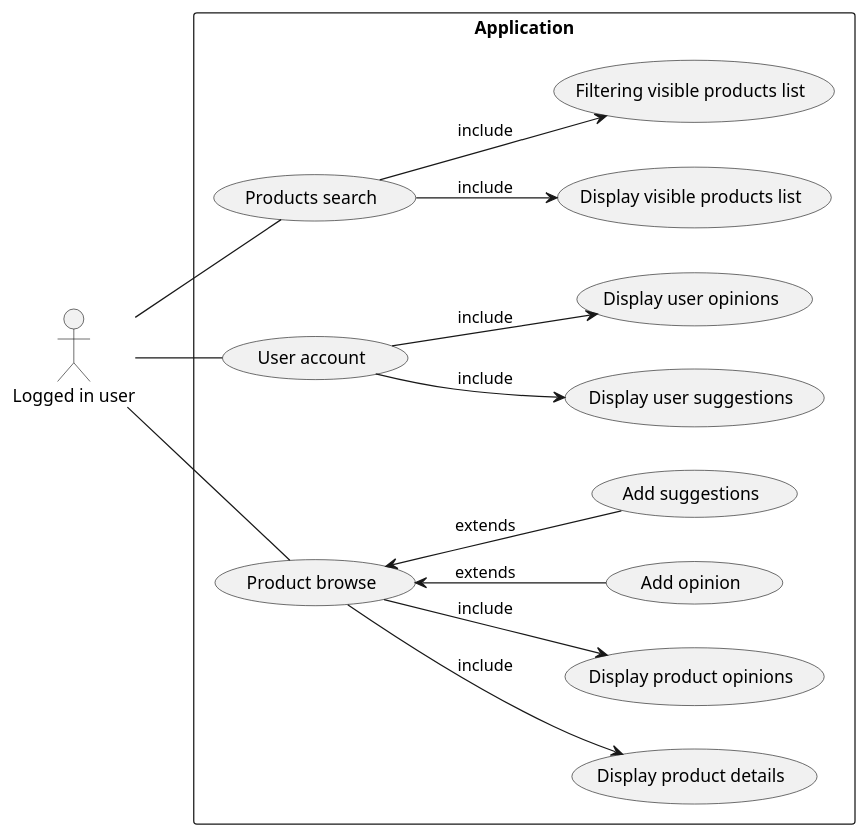
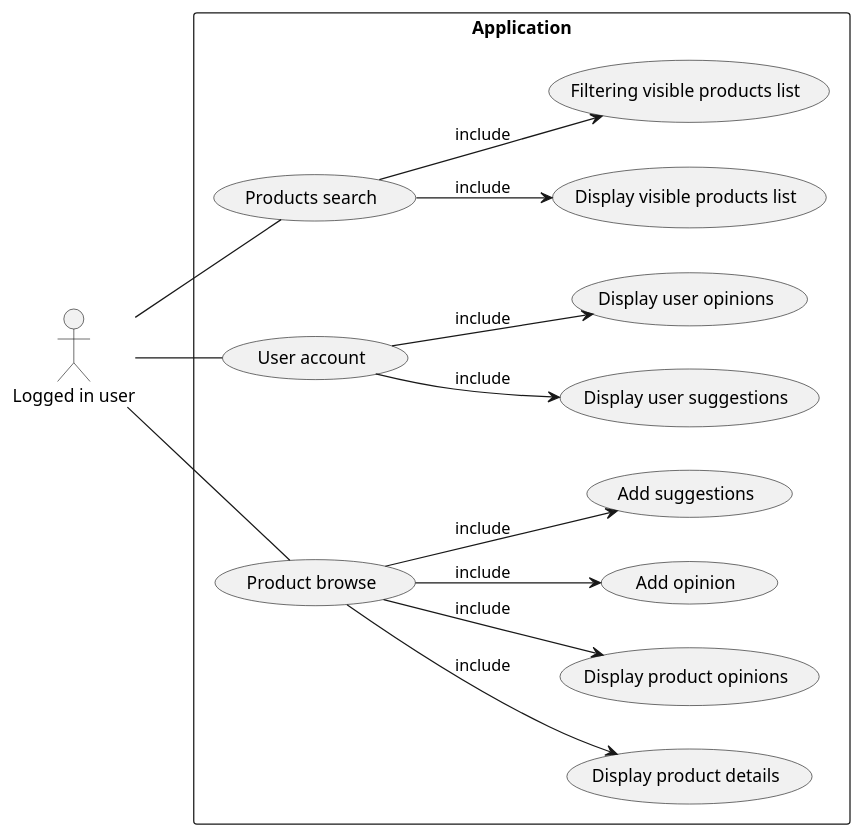
Before and after one commit to RadekBucki/OpinionCollectorArchitecture: the fourth of 5 diagrams in README.md, drawn with PlantUML.

Commit message:
Remove extends

````diff
--- a/README.md
+++ b/README.md
@@ -84,26 +84,26 @@
 ```plantuml
 @startuml
 
 left to right direction
 
 actor "Logged in user" AS customer
 
 rectangle Application {
     customer -- (Products search)
     customer -- (User account)
     customer -- (Product browse)
     
     (Products search) --> (Display visible products list) : include
     (Products search) --> (Filtering visible products list) : include
     
     (Product browse) --> (Display product details) : include
     (Product browse) --> (Display product opinions) : include
-    (Product browse) <-- (Add opinion) : extends
-    (Product browse) <-- (Add suggestions) : extends
+    (Product browse) --> (Add opinion) : include
+    (Product browse) --> (Add suggestions) : include
     
     (User account) --> (Display user suggestions) : include
     (User account) --> (Display user opinions) : include
 }
 
 @enduml
 ```
````
